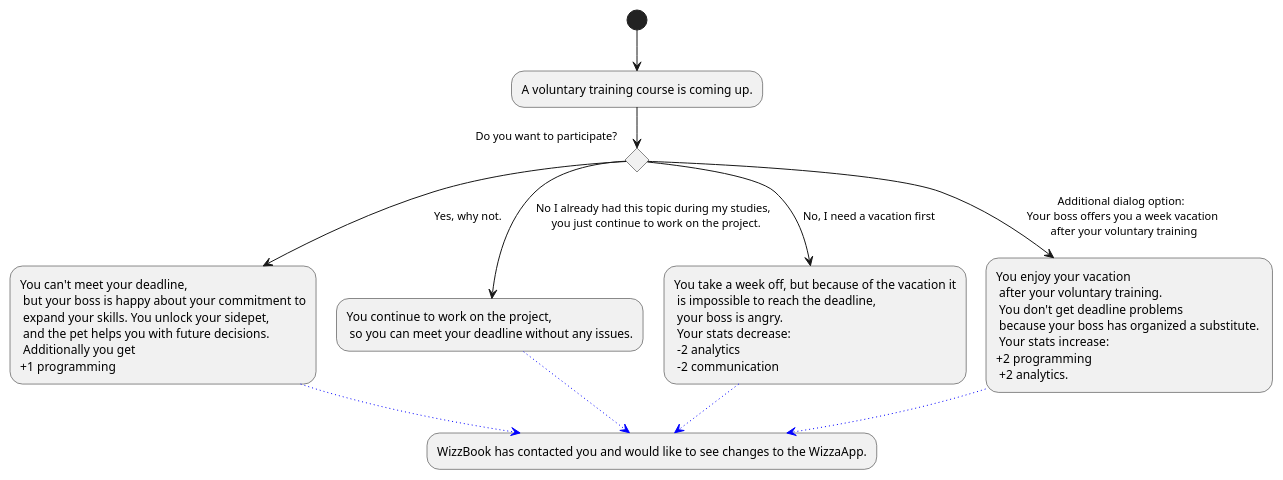
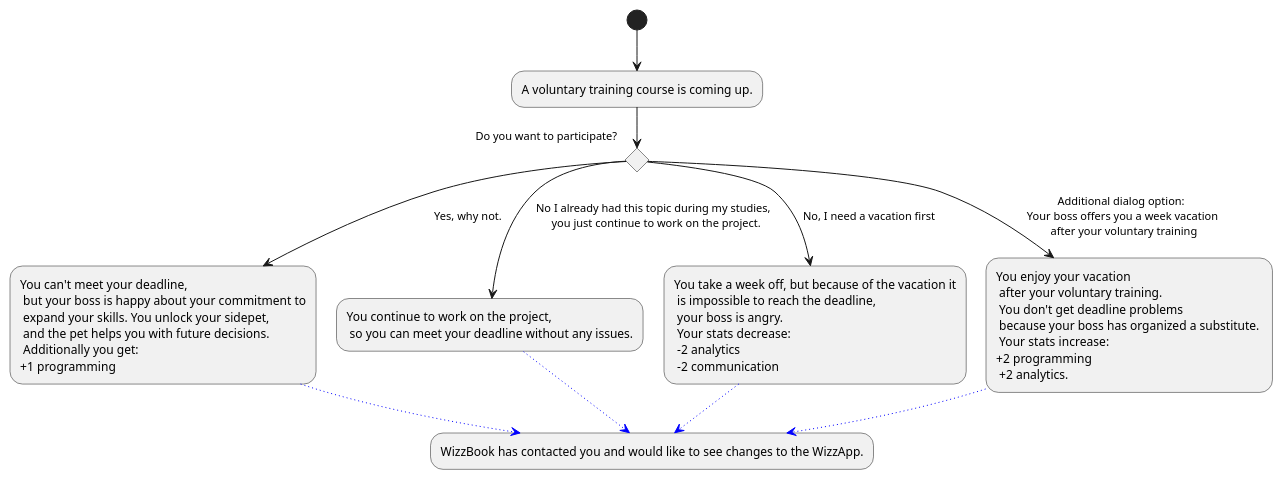
The diagram in Docs/Technical Specifications/docs/diagrams/StoryFlow/StoryFlow_Decision_9.puml (Brotenko/QualityQuest), drawn with PlantUML before and after one commit. The commit also changed 6 other files, not shown here.

```diff
--- a/Docs/Technical Specifications/docs/diagrams/StoryFlow/StoryFlow_Decision_9.puml
+++ b/Docs/Technical Specifications/docs/diagrams/StoryFlow/StoryFlow_Decision_9.puml
@@ -1,18 +1,18 @@
 @startuml
 (*) --> "A voluntary training course is coming up."
 
 if "Do you want to participate?" then
---> [Yes, why not.] "You can't meet your deadline,\n but your boss is happy about your commitment to\n expand your skills. You unlock your sidepet, \n and the pet helps you with future decisions.\n Additionally you get \n+1 programming" as participate
+--> [Yes, why not.] "You can't meet your deadline,\n but your boss is happy about your commitment to\n expand your skills. You unlock your sidepet, \n and the pet helps you with future decisions.\n Additionally you get: \n+1 programming" as participate
 else
 --> [No I already had this topic during my studies, \n you just continue to work on the project.] "You continue to work on the project, \n so you can meet your deadline without any issues." as keepWorking
 else 
 --> [No, I need a vacation first] "You take a week off, but because of the vacation it\n is impossible to reach the deadline, \n your boss is angry. \n Your stats decrease: \n -2 analytics \n -2 communication" as vacation
 else 
 --> [Additional dialog option: \n Your boss offers you a week vacation \n after your voluntary training] "You enjoy your vacation \n after your voluntary training. \n You don't get deadline problems \n because your boss has organized a substitute. \n Your stats increase: \n+2 programming \n +2 analytics."
 endif
 'Note: project not final, its just a filler.
--[#blue,dotted]-> "WizzBook has contacted you and would like to see changes to the WizzaApp." as app
+-[#blue,dotted]-> "WizzBook has contacted you and would like to see changes to the WizzApp." as app
 keepWorking -[#blue,dotted]-> app
 participate -[#blue,dotted]-> app
 vacation -[#blue,dotted]-> app
 @enduml
```
